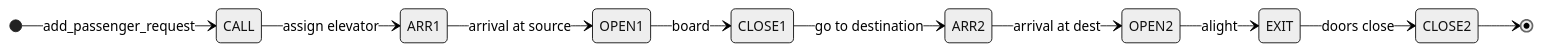
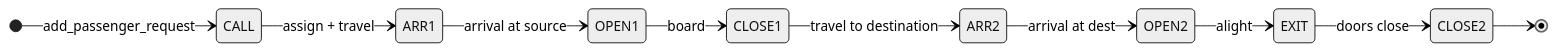
Before and after one commit to GalVitrak/Elevator-Managment-DES: the diagram in docs/EVENT_CATALOG.md, drawn with Mermaid (neutral theme). The commit also changed other lines of this file and 51 other files, not shown here.

````diff
--- a/docs/EVENT_CATALOG.md
+++ b/docs/EVENT_CATALOG.md
@@ -185,13 +124,13 @@
 ```mermaid
 stateDiagram-v2
     direction LR
     [*] --> CALL: add_passenger_request
-    CALL --> ARR1: assign elevator
+    CALL --> ARR1: assign + travel
     ARR1 --> OPEN1: arrival at source
     OPEN1 --> CLOSE1: board
-    CLOSE1 --> ARR2: go to destination
+    CLOSE1 --> ARR2: travel to destination
     ARR2 --> OPEN2: arrival at dest
     OPEN2 --> EXIT: alight
     EXIT --> CLOSE2: doors close
     CLOSE2 --> [*]
 ```
````
